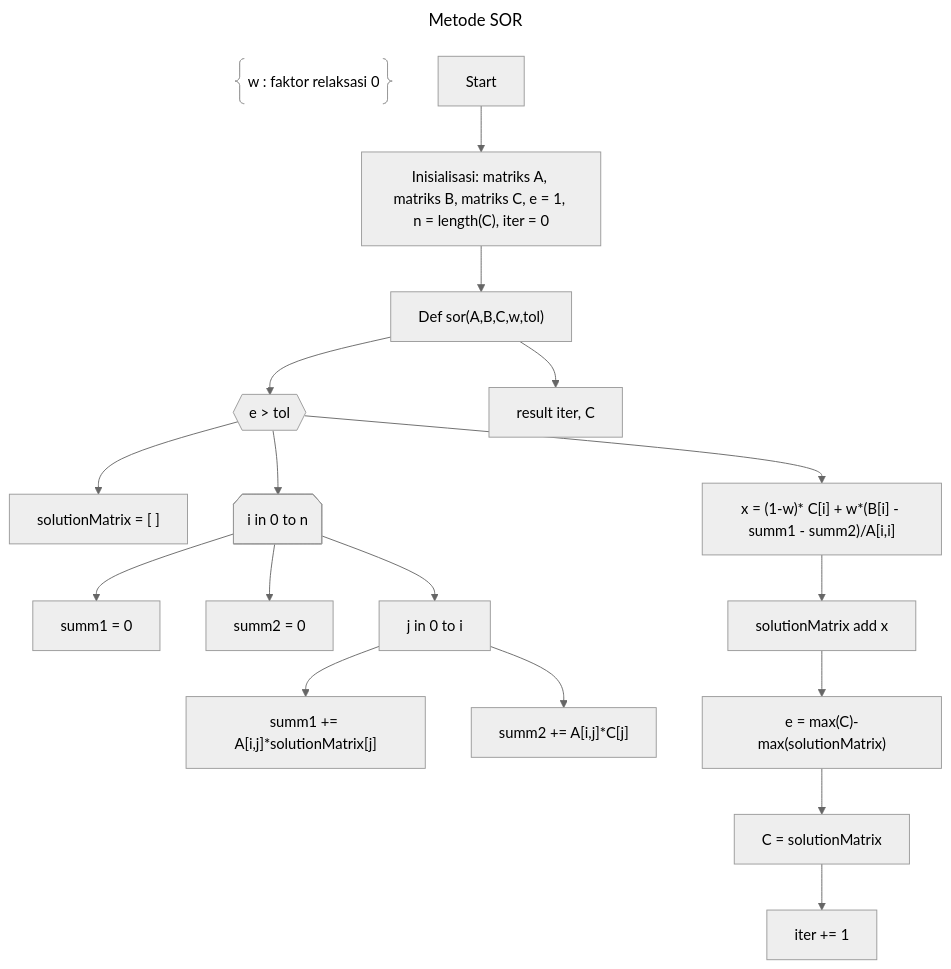
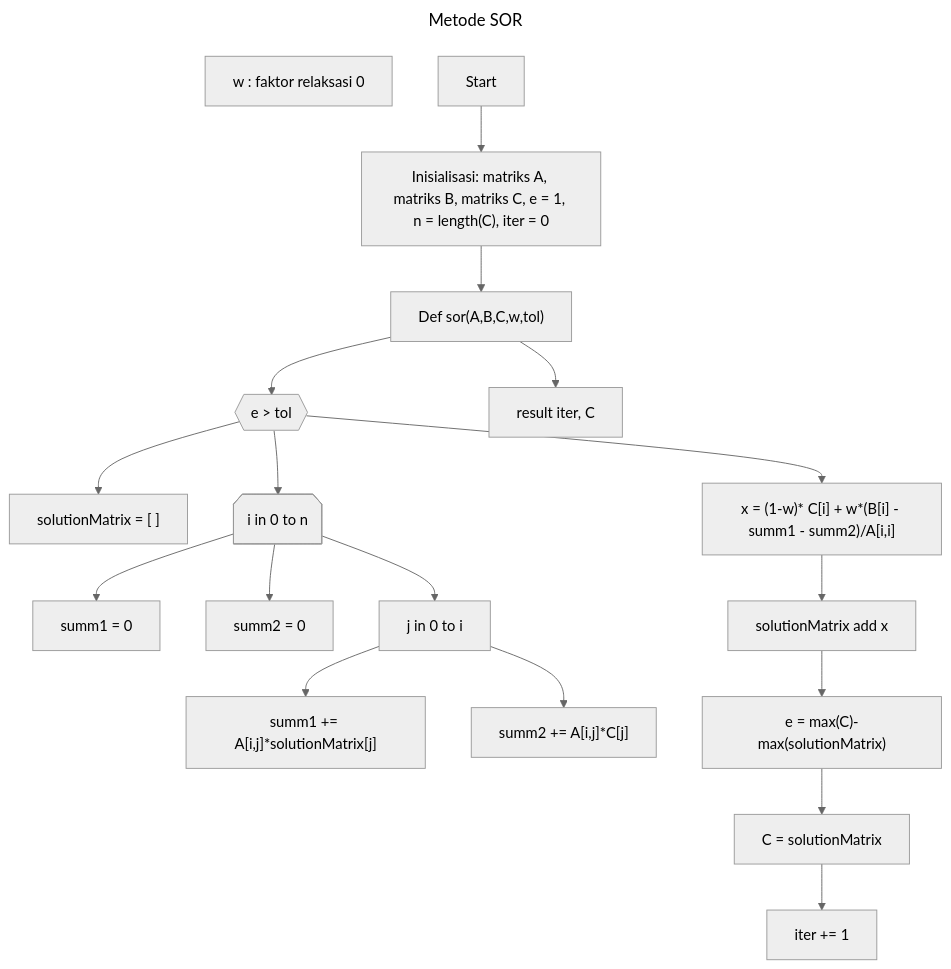
The diagram in Modul-3/metode-sor.mmd (aslabkomfis/Komputasi-Numerik-24-25), drawn with Mermaid (neutral theme) before and after one commit.

```diff
--- a/Modul-3/metode-sor.mmd
+++ b/Modul-3/metode-sor.mmd
@@ -1,23 +1,23 @@
 ---
 title: Metode SOR
 ---
 
 flowchart TD;
-    Z@{ shape: braces, label: "w : faktor relaksasi 0<w<2, Matriks A : Matriks Koefisien dari SPL, Matriks B : Matriks solusi dari SPL, C : Matriks kosong dengan ukuran matriks B" } 
+    Z["w : faktor relaksasi 0<w<2, Matriks A : Matriks Koefisien dari SPL, Matriks B : Matriks solusi dari SPL, C : Matriks kosong dengan ukuran matriks B"] 
 
     A[Start] --> B["Inisialisasi: matriks A, matriks B, matriks C, e = 1, n = length(C), iter = 0"] 
     B --> X["Def sor(A,B,C,w,tol)"]
     X --> C{{"e > tol"}}
     C --> D["solutionMatrix = [ ]"]
     C --> E@{shape: notch-pent, label: "i in 0 to n"}
     E --> F["summ1 = 0"]
     E --> G["summ2 = 0"]
     E --> H["j in 0 to i"]
     H --> I["summ1 += A[i,j]*solutionMatrix[j]"]
     H --> K["summ2 += A[i,j]*C[j]"]
     C --> L["x = (1-w)* C[i] + w*(B[i] - summ1 - summ2)/A[i,i]"]
     L --> M["solutionMatrix add x"]
     M --> N["e = max(C)-max(solutionMatrix)"]
     N --> P["C = solutionMatrix"]
     P --> Q["iter += 1"]
     X --> R["result iter, C"]
```
